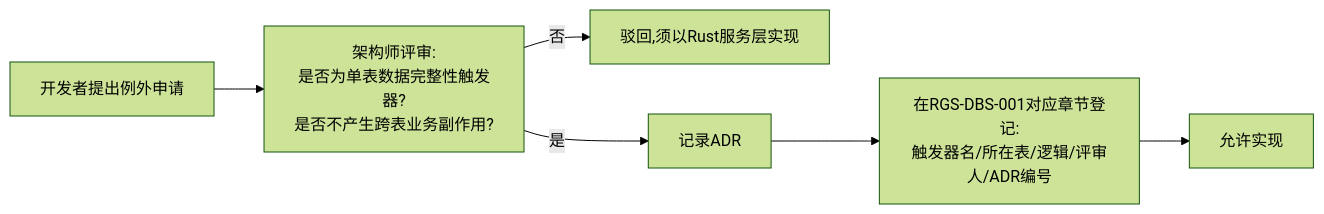
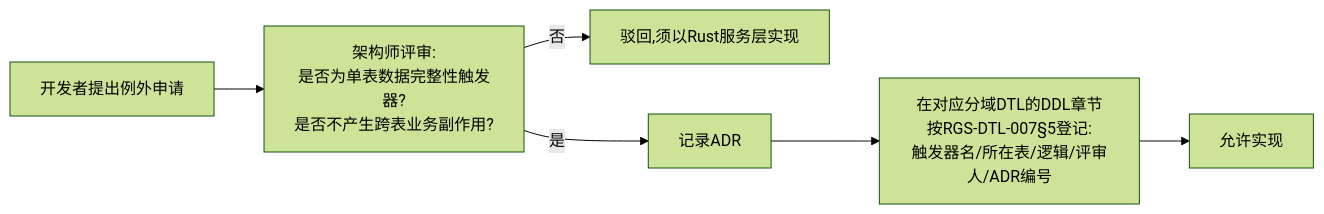
One commit to UlyssesLeoLee/RustGameServer changed the third of 3 diagrams in docs/03-数据经济与交易/RGS-BAS-007_数据库设计标准与存储过程规范_基本设计书.md. Above: the diagram before and after it, drawn with Mermaid (forest theme). The commit also changed other lines of this file and 100 other files, not shown here.

````diff
--- a/docs/03-数据经济与交易/RGS-BAS-007_数据库设计标准与存储过程规范_基本设计书.md
+++ b/docs/03-数据经济与交易/RGS-BAS-007_数据库设计标准与存储过程规范_基本设计书.md
@@ -143,8 +143,8 @@
 ```mermaid
 flowchart LR
     A[开发者提出例外申请] --> B[架构师评审:<br/>是否为单表数据完整性触发器?<br/>是否不产生跨表业务副作用?]
     B -->|否| C[驳回,须以Rust服务层实现]
     B -->|是| D[记录ADR]
-    D --> E[在RGS-DBS-001对应章节登记:<br/>触发器名/所在表/逻辑/评审人/ADR编号]
+    D --> E[在对应分域DTL的DDL章节按RGS-DTL-007§5登记:<br/>触发器名/所在表/逻辑/评审人/ADR编号]
     E --> F[允许实现]
 ```
````
